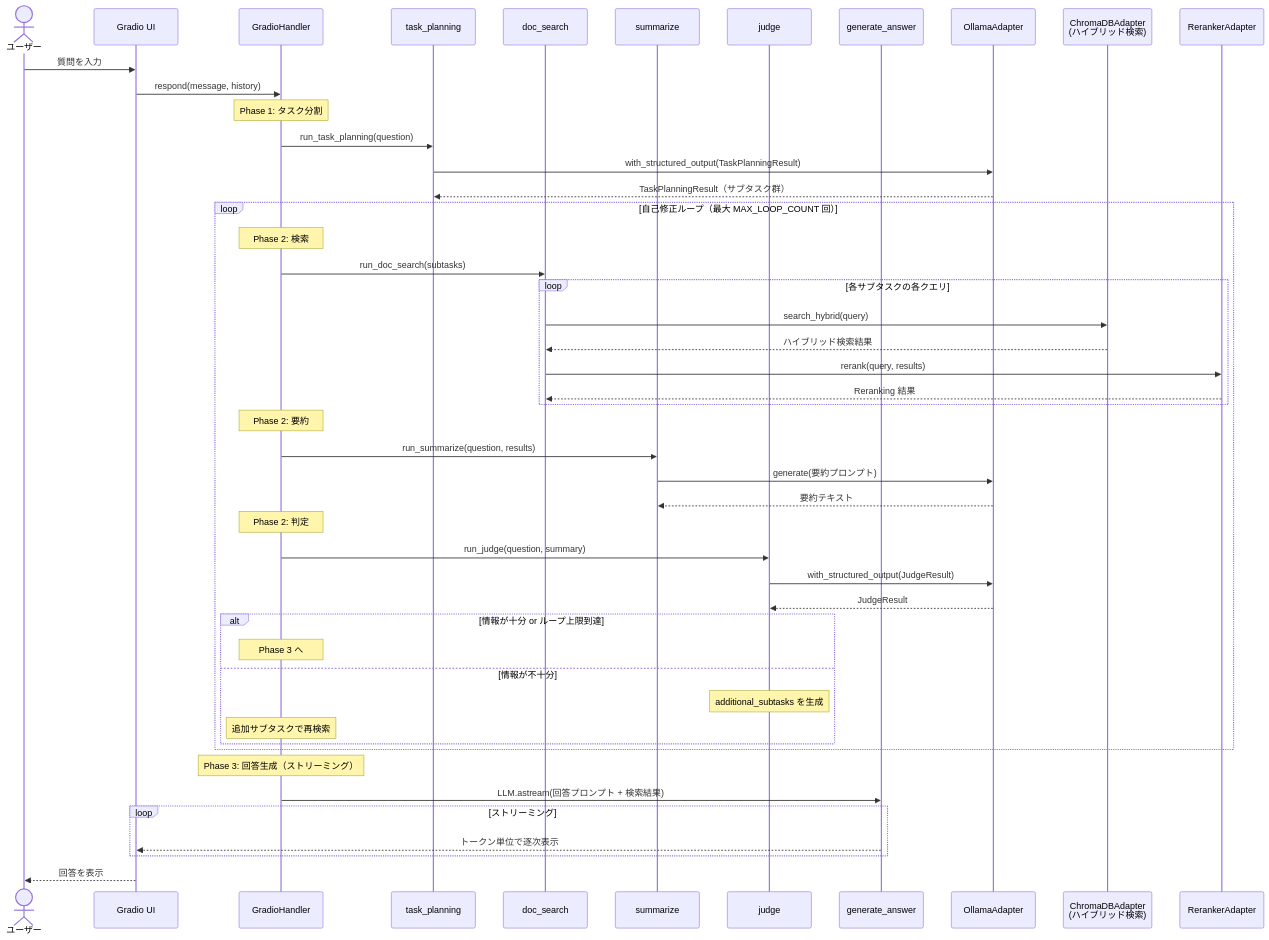
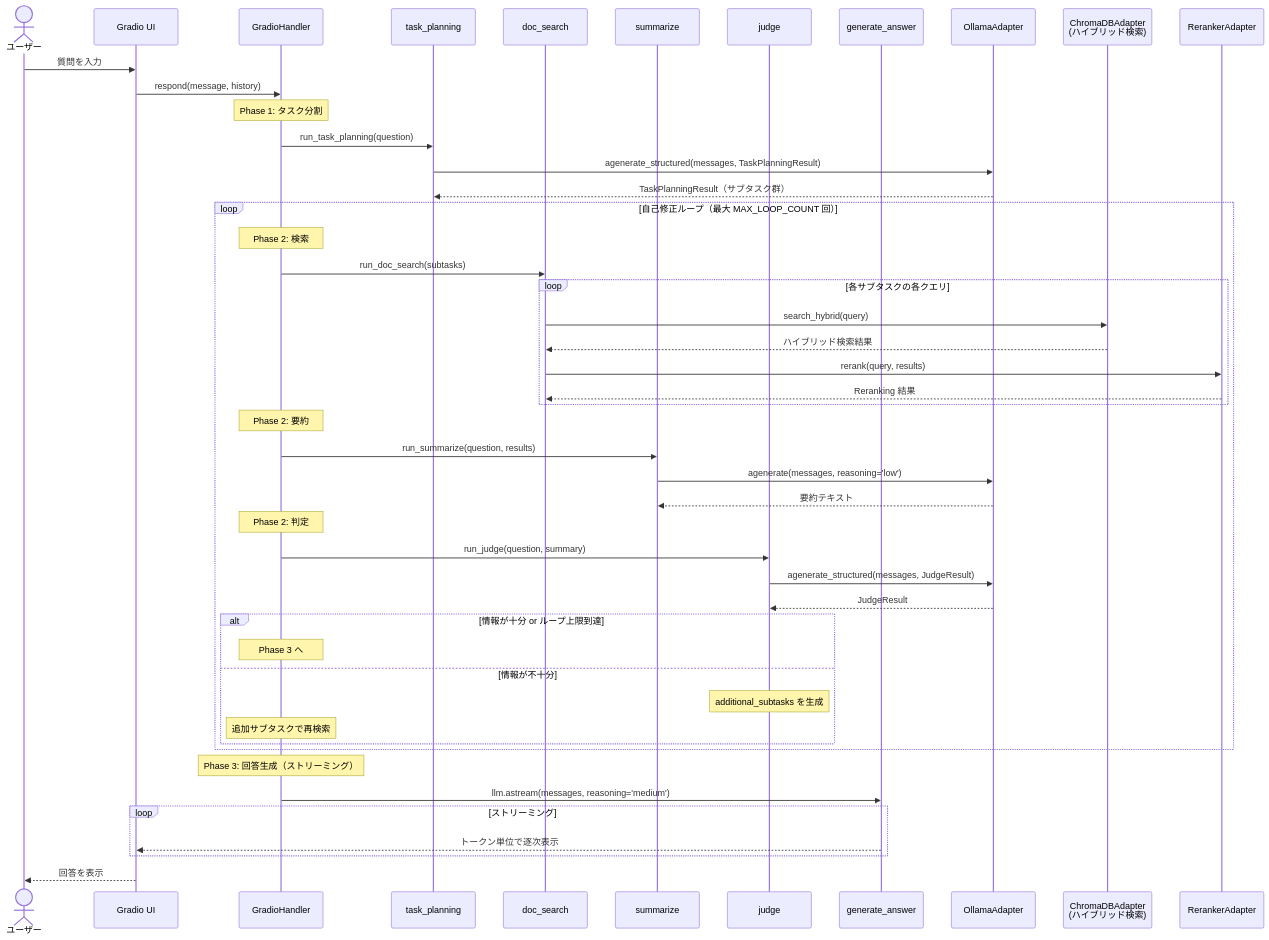
Before and after one commit to IS-reaction-wheel/GEN_AI_RAG: the fifth of 7 diagrams in docs/functional-design.md, drawn with Mermaid. The commit also changed other lines of this file and 4 other files, not shown here.

````diff
--- a/docs/functional-design.md
+++ b/docs/functional-design.md
@@ -715,58 +717,58 @@
 ```mermaid
 sequenceDiagram
     actor User as ユーザー
     participant UI as Gradio UI
     participant Handler as GradioHandler
     participant TaskPlan as task_planning
     participant DocSearch as doc_search
     participant Summarize as summarize
     participant Judge as judge
     participant GenAnswer as generate_answer
     participant LLM as OllamaAdapter
     participant VS as ChromaDBAdapter<br/>(ハイブリッド検索)
     participant RR as RerankerAdapter
 
     User->>UI: 質問を入力
     UI->>Handler: respond(message, history)
 
     Note over Handler: Phase 1: タスク分割
     Handler->>TaskPlan: run_task_planning(question)
-    TaskPlan->>LLM: with_structured_output(TaskPlanningResult)
+    TaskPlan->>LLM: agenerate_structured(messages, TaskPlanningResult)
     LLM-->>TaskPlan: TaskPlanningResult（サブタスク群）
 
     loop 自己修正ループ（最大 MAX_LOOP_COUNT 回）
         Note over Handler: Phase 2: 検索
         Handler->>DocSearch: run_doc_search(subtasks)
         loop 各サブタスクの各クエリ
             DocSearch->>VS: search_hybrid(query)
             VS-->>DocSearch: ハイブリッド検索結果
             DocSearch->>RR: rerank(query, results)
             RR-->>DocSearch: Reranking 結果
         end
 
         Note over Handler: Phase 2: 要約
         Handler->>Summarize: run_summarize(question, results)
-        Summarize->>LLM: generate(要約プロンプト)
+        Summarize->>LLM: agenerate(messages, reasoning='low')
         LLM-->>Summarize: 要約テキスト
 
         Note over Handler: Phase 2: 判定
         Handler->>Judge: run_judge(question, summary)
-        Judge->>LLM: with_structured_output(JudgeResult)
+        Judge->>LLM: agenerate_structured(messages, JudgeResult)
         LLM-->>Judge: JudgeResult
 
         alt 情報が十分 or ループ上限到達
             Note over Handler: Phase 3 へ
         else 情報が不十分
             Note over Judge: additional_subtasks を生成
             Note over Handler: 追加サブタスクで再検索
         end
     end
 
     Note over Handler: Phase 3: 回答生成（ストリーミング）
-    Handler->>GenAnswer: LLM.astream(回答プロンプト + 検索結果)
+    Handler->>GenAnswer: llm.astream(messages, reasoning='medium')
     loop ストリーミング
         GenAnswer-->>UI: トークン単位で逐次表示
     end
 
     UI-->>User: 回答を表示
 ```
````
